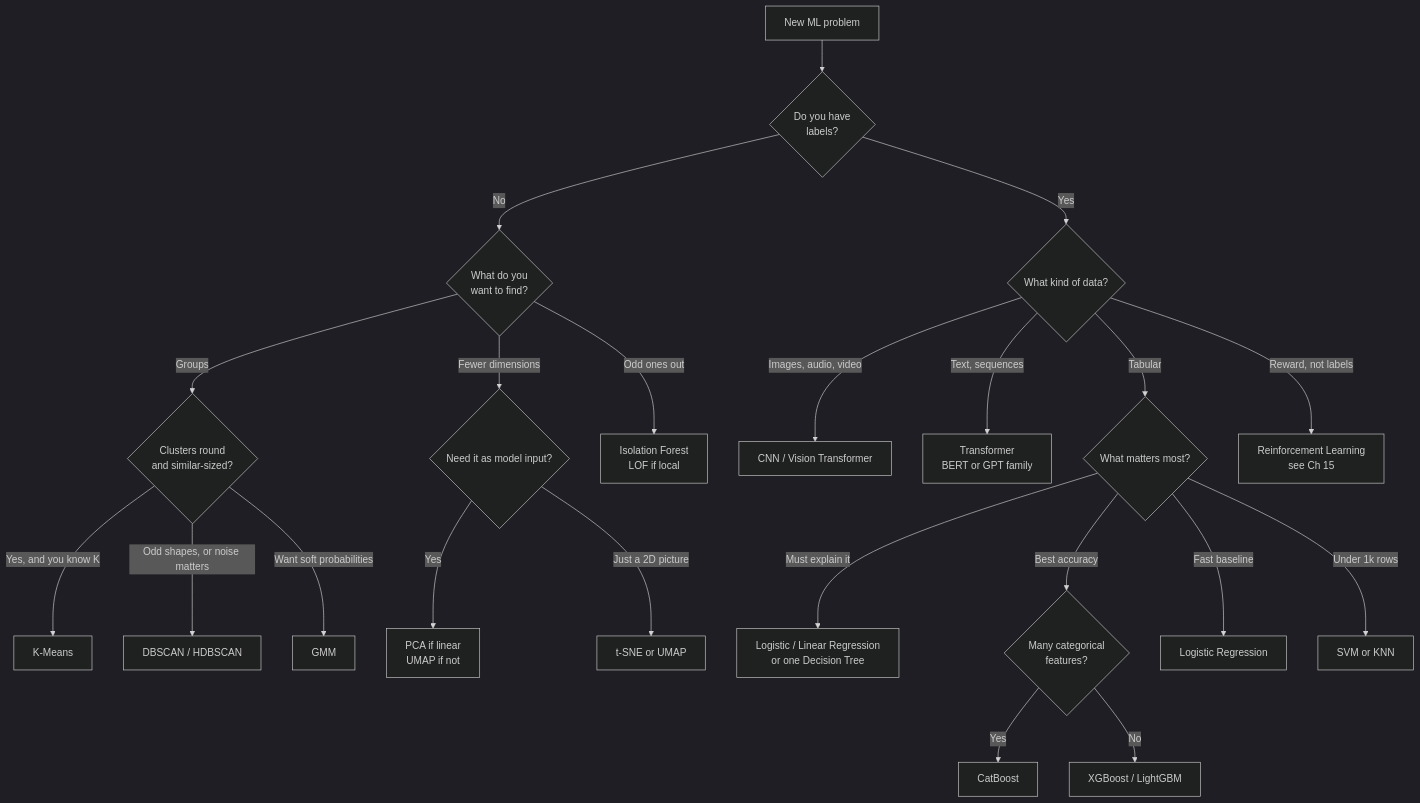
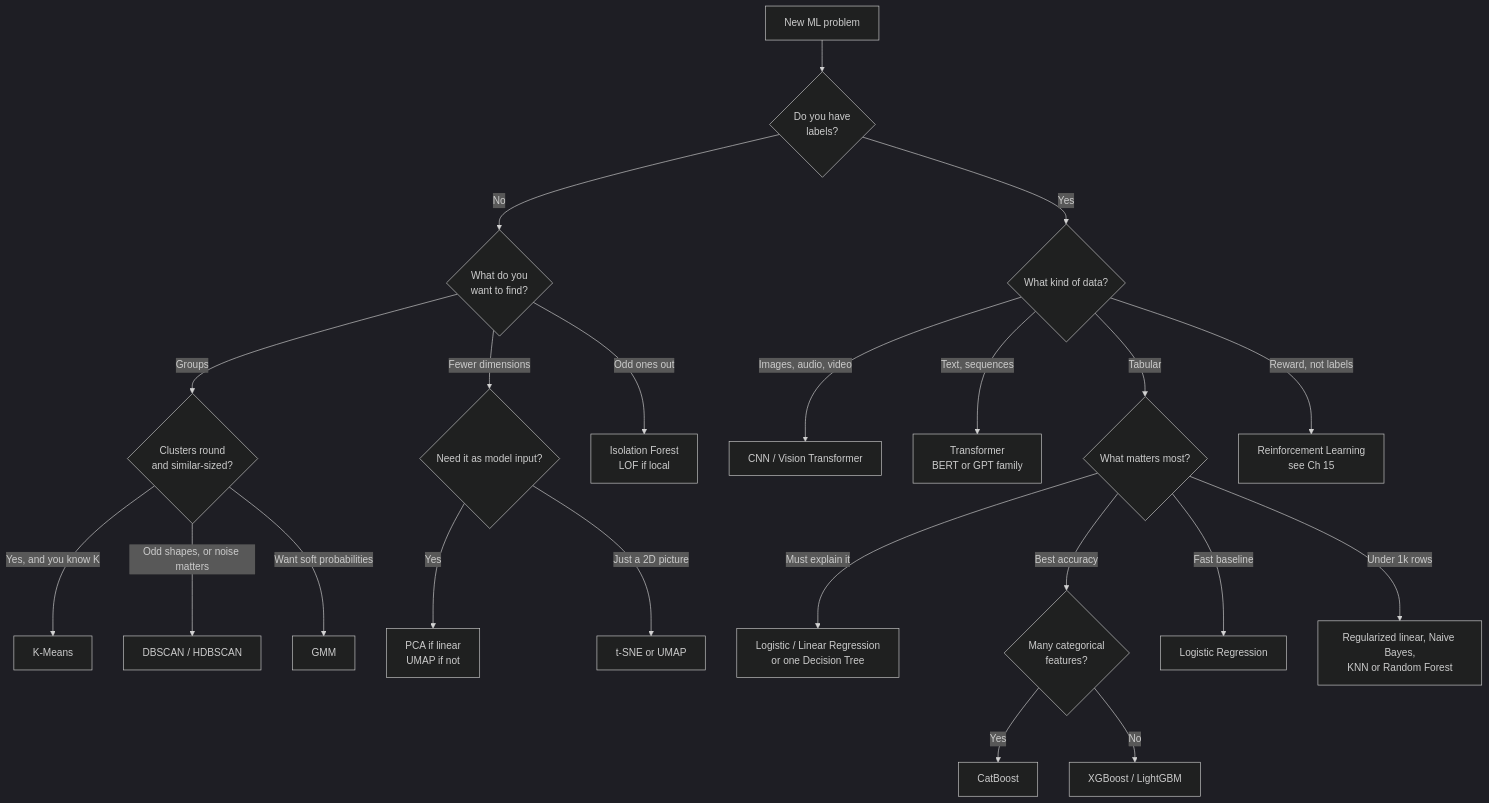
The diagram in content/15s_ml_curriculum_recap.md (Hmago/ml4), drawn with Mermaid (dark theme) before and after one commit. The commit also changed other lines of this file and 165 other files, not shown here.

````diff
--- a/content/15s_ml_curriculum_recap.md
+++ b/content/15s_ml_curriculum_recap.md
@@ -25,28 +27,28 @@
 ```mermaid
 graph TD
     A[New ML problem] --> B{Do you have<br/>labels?}
 
     B -->|No| C{What do you<br/>want to find?}
     C -->|Groups| C1{Clusters round<br/>and similar-sized?}
     C1 -->|Yes, and you know K| C2[K-Means]
     C1 -->|Odd shapes, or noise matters| C3[DBSCAN / HDBSCAN]
     C1 -->|Want soft probabilities| C4[GMM]
     C -->|Fewer dimensions| C5{Need it as model input?}
     C5 -->|Yes| C6[PCA if linear<br/>UMAP if not]
     C5 -->|Just a 2D picture| C7[t-SNE or UMAP]
     C -->|Odd ones out| C8[Isolation Forest<br/>LOF if local]
 
     B -->|Yes| D{What kind of data?}
     D -->|Images, audio, video| D1[CNN / Vision Transformer]
     D -->|Text, sequences| D2[Transformer<br/>BERT or GPT family]
     D -->|Tabular| E{What matters most?}
 
     E -->|Must explain it| E1[Logistic / Linear Regression<br/>or one Decision Tree]
     E -->|Best accuracy| E2{Many categorical<br/>features?}
     E2 -->|Yes| E3[CatBoost]
     E2 -->|No| E4[XGBoost / LightGBM]
     E -->|Fast baseline| E5[Logistic Regression]
-    E -->|Under 1k rows| E6[SVM or KNN]
+    E -->|Under 1k rows| E6[Regularized linear, Naive Bayes,<br/>KNN or Random Forest]
 
     D -->|Reward, not labels| F[Reinforcement Learning<br/>see Ch 15]
 ```
````
